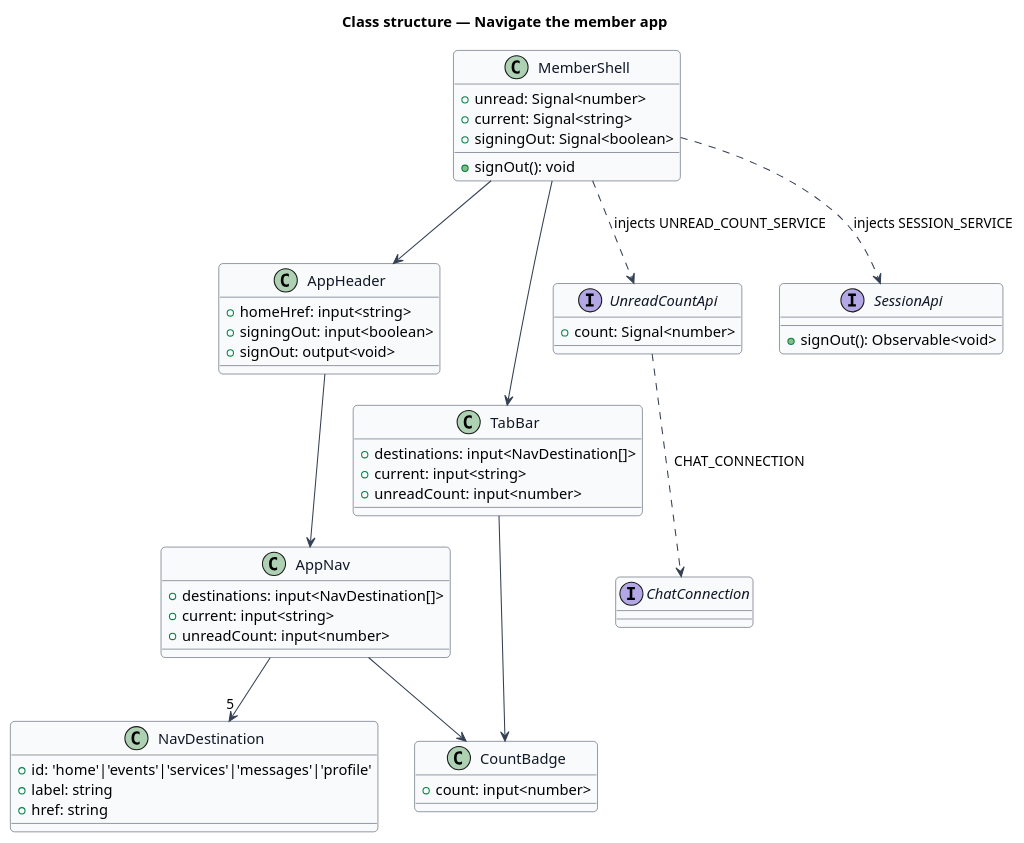
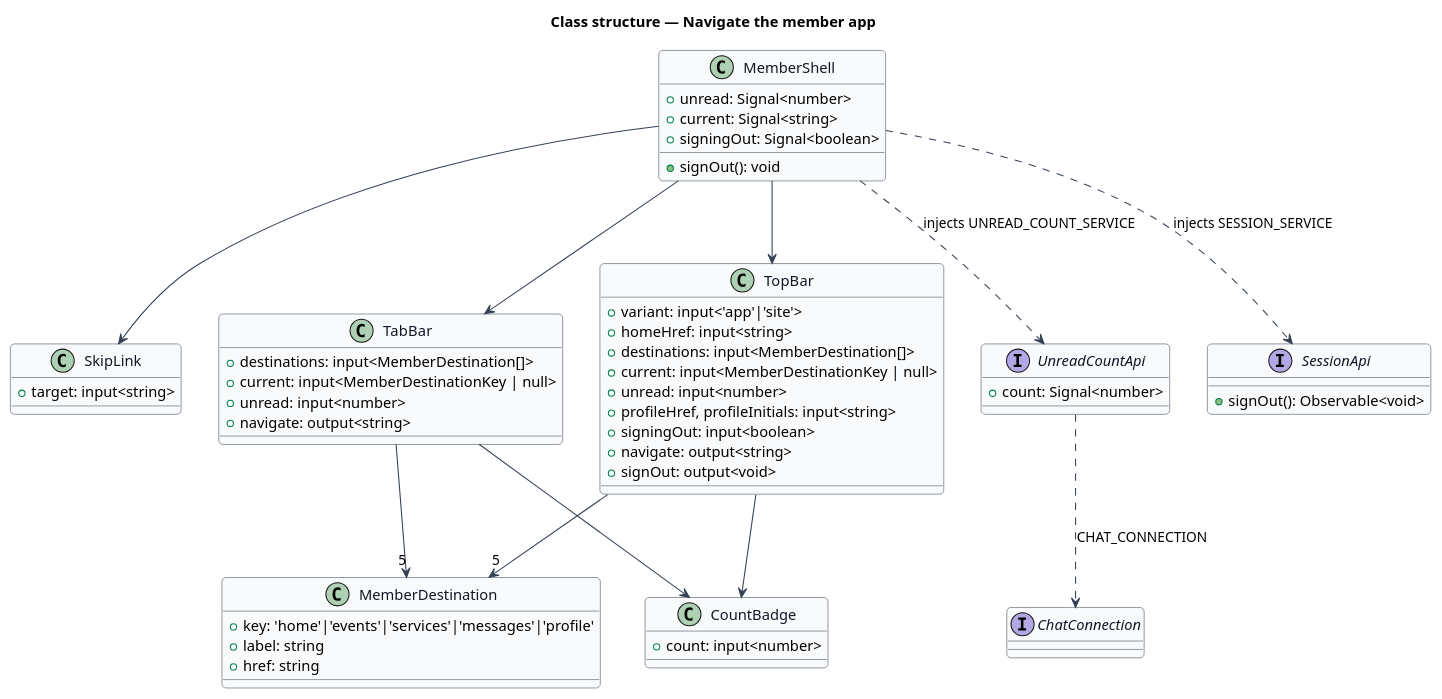
Before and after one commit to QuinntyneBrown/christian-fitness: the diagram in docs/detailed-designs/member-home/navigate-member-app/diagrams/class-structure.puml, drawn with PlantUML. The commit also changed 18 other files, not shown here.

```diff
--- a/docs/detailed-designs/member-home/navigate-member-app/diagrams/class-structure.puml
+++ b/docs/detailed-designs/member-home/navigate-member-app/diagrams/class-structure.puml
@@ -1,58 +1,64 @@
 @startuml
 skinparam backgroundColor #FFFFFF
 skinparam shadowing false
 skinparam roundcorner 8
 skinparam defaultFontName Arial
 skinparam ArrowColor #344054
 skinparam class {
   BorderColor #344054
   FontColor #101828
   BackgroundColor #F9FAFB
 }
 title Class structure — Navigate the member app
 class MemberShell {
   +unread: Signal<number>
   +current: Signal<string>
   +signingOut: Signal<boolean>
   +signOut(): void
 }
-class AppHeader {
+class SkipLink {
+  +target: input<string>
+}
+class TopBar {
+  +variant: input<'app'|'site'>
   +homeHref: input<string>
+  +destinations: input<MemberDestination[]>
+  +current: input<MemberDestinationKey | null>
+  +unread: input<number>
+  +profileHref, profileInitials: input<string>
   +signingOut: input<boolean>
+  +navigate: output<string>
   +signOut: output<void>
 }
-class AppNav {
-  +destinations: input<NavDestination[]>
-  +current: input<string>
-  +unreadCount: input<number>
-}
 class TabBar {
-  +destinations: input<NavDestination[]>
-  +current: input<string>
-  +unreadCount: input<number>
+  +destinations: input<MemberDestination[]>
+  +current: input<MemberDestinationKey | null>
+  +unread: input<number>
+  +navigate: output<string>
 }
 class CountBadge {
   +count: input<number>
 }
-class NavDestination {
-  +id: 'home'|'events'|'services'|'messages'|'profile'
+class MemberDestination {
+  +key: 'home'|'events'|'services'|'messages'|'profile'
   +label: string
   +href: string
 }
 interface UnreadCountApi {
   +count: Signal<number>
 }
 interface SessionApi {
   +signOut(): Observable<void>
 }
 interface ChatConnection
-MemberShell --> AppHeader
-AppHeader --> AppNav
+MemberShell --> SkipLink
+MemberShell --> TopBar
 MemberShell --> TabBar
-AppNav --> CountBadge
+TopBar --> CountBadge
 TabBar --> CountBadge
-AppNav --> "5" NavDestination
+TopBar --> "5" MemberDestination
+TabBar --> "5" MemberDestination
 MemberShell ..> UnreadCountApi : injects UNREAD_COUNT_SERVICE
 MemberShell ..> SessionApi : injects SESSION_SERVICE
 UnreadCountApi ..> ChatConnection : CHAT_CONNECTION
 @enduml
```
